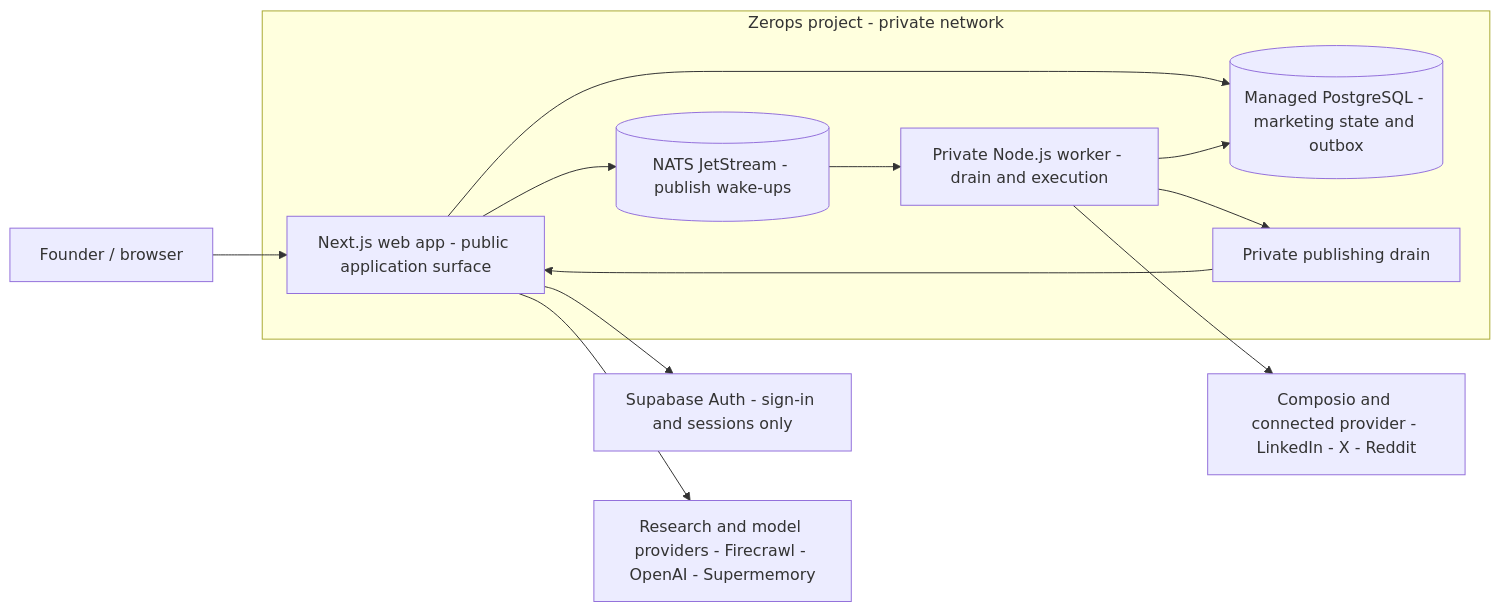
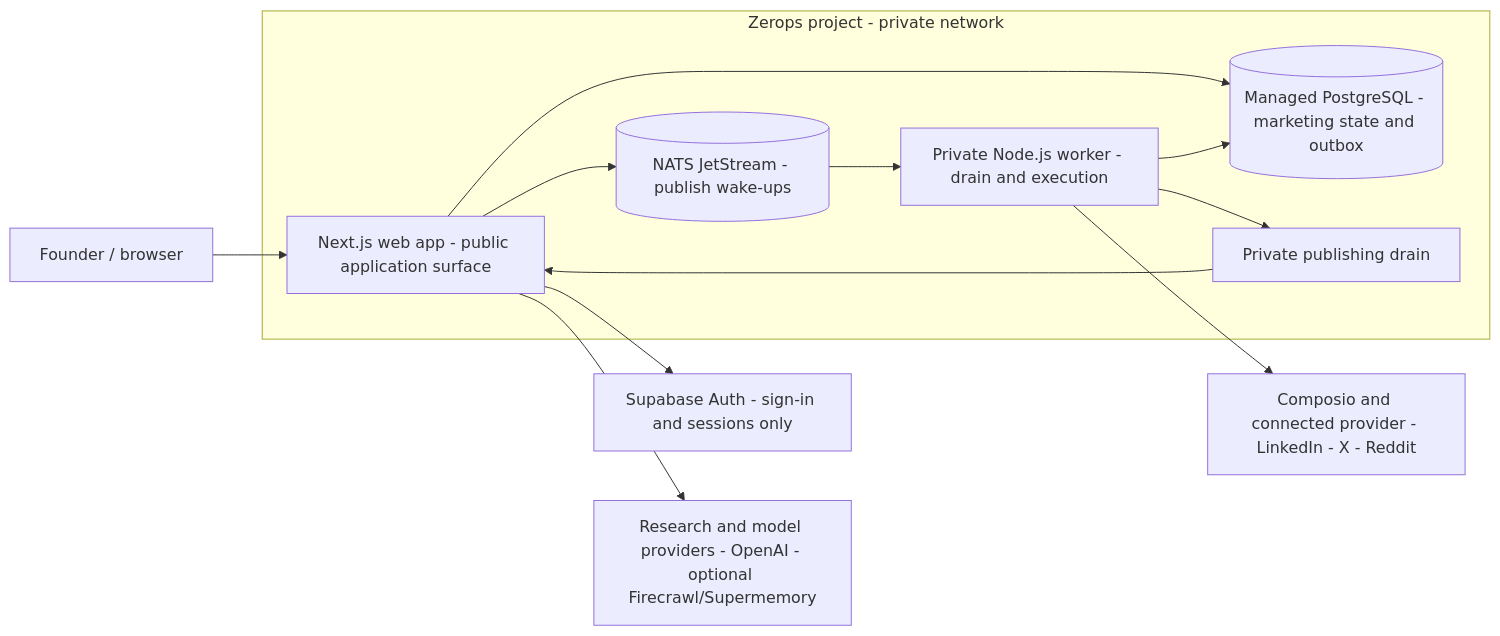
Before and after one commit to Anand-0038/vibemarketer: the diagram in README.md, drawn with Mermaid. The commit also changed other lines of this file and 9 other files, not shown here.

````diff
--- a/README.md
+++ b/README.md
@@ -55,17 +55,17 @@
 ```mermaid
 flowchart LR
     founder[Founder / browser] --> web[Next.js web app - public application surface]
     web --> auth[Supabase Auth - sign-in and sessions only]
 
     subgraph zerops[Zerops project - private network]
         web --> db[(Managed PostgreSQL - marketing state and outbox)]
         web --> nats[(NATS JetStream - publish wake-ups)]
         nats --> worker[Private Node.js worker - drain and execution]
         worker --> db
         worker --> drain[Private publishing drain]
         drain --> web
     end
 
-    web --> research[Research and model providers - Firecrawl - OpenAI - Supermemory]
+    web --> research[Research and model providers - OpenAI - optional Firecrawl/Supermemory]
     worker --> publish[Composio and connected provider - LinkedIn - X - Reddit]
 ```
````
